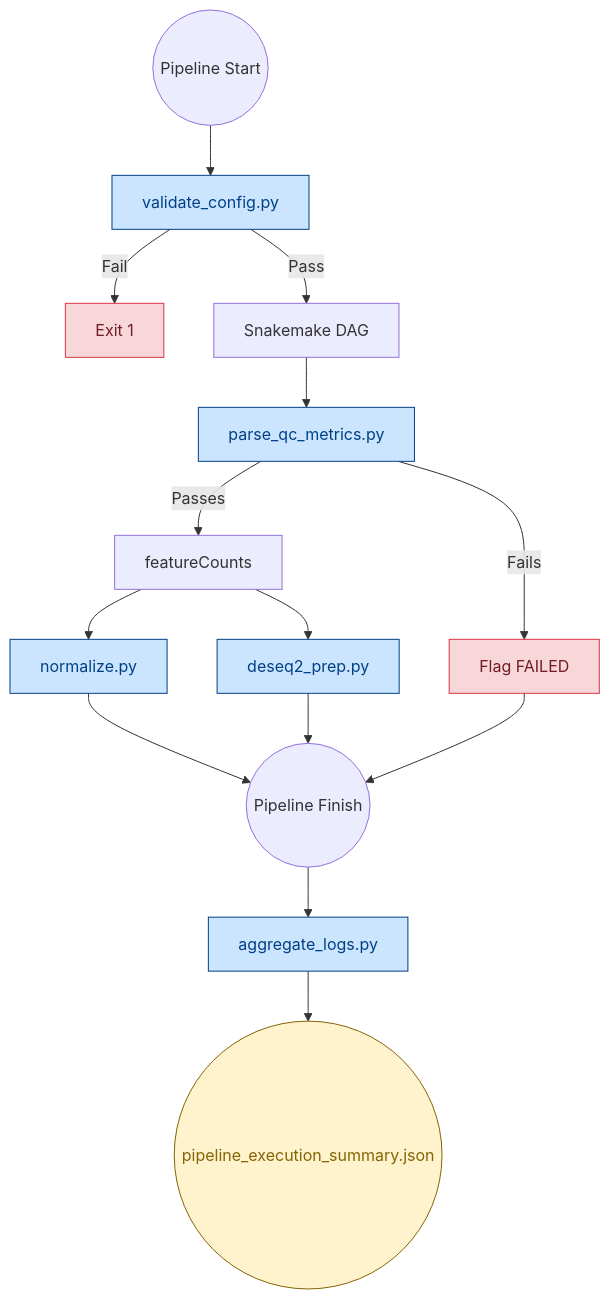
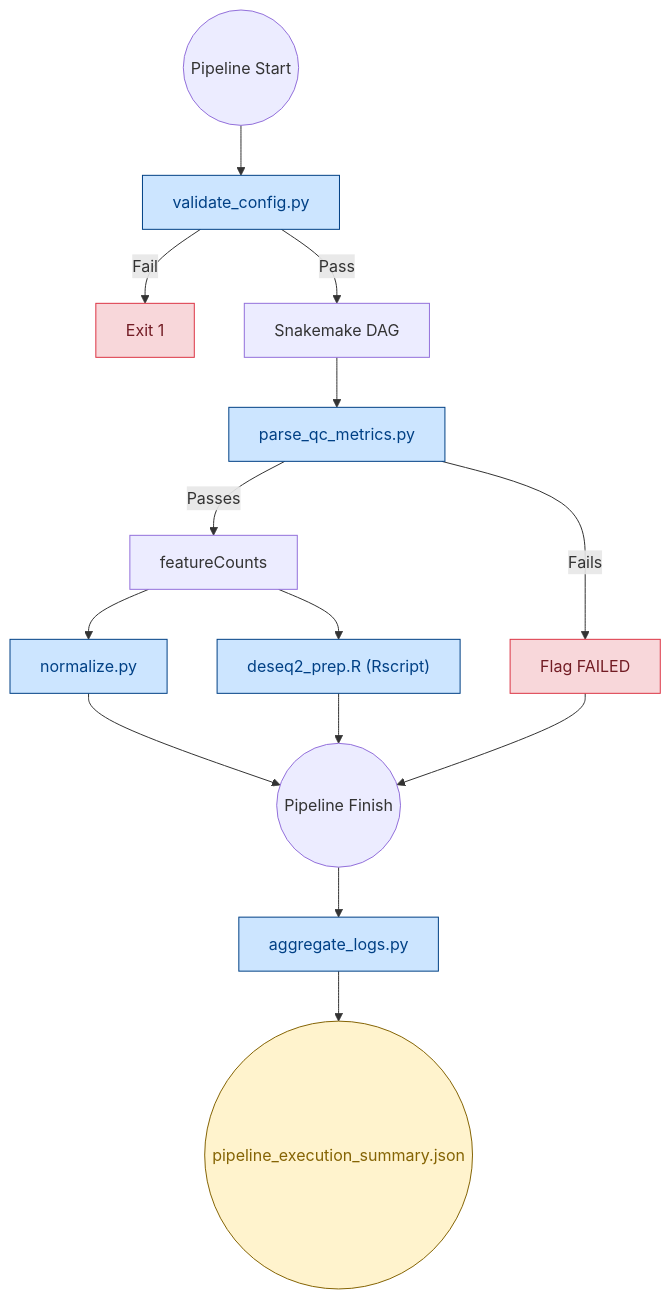
Before and after one commit to BDB-Genomics/bdb-rnaseq: the diagram in rules/scripts/README.md, drawn with Mermaid. The commit also changed other lines of this file and 14 other files, not shown here.

Commit message:
docs: thoroughly revise all pipeline READMEs, add architecture diagrams, and implement native DESeq2 VST

````diff
--- a/rules/scripts/README.md
+++ b/rules/scripts/README.md
@@ -9,27 +9,27 @@
 ```mermaid
 graph TD
     Start((Pipeline Start)) --> V[validate_config.py]
     V -- Fail --> Halt1[Exit 1]
     V -- Pass --> DAG[Snakemake DAG]
 
     DAG --> QC[parse_qc_metrics.py]
     QC -- Fails --> Halt2[Flag FAILED]
     QC -- Passes --> FC[featureCounts]
 
     FC --> N[normalize.py]
-    FC --> D[deseq2_prep.py]
+    FC --> D["deseq2_prep.R (Rscript)"]
     
     N --> End((Pipeline Finish))
     D --> End
     Halt2 --> End
     End --> A[aggregate_logs.py]
     A --> JSON((pipeline_execution_summary.json))
 
     classDef script fill:#cce5ff,stroke:#004085,color:#004085;
     classDef halt fill:#f8d7da,stroke:#dc3545,color:#721c24;
     classDef artifact fill:#fff3cd,stroke:#856404,color:#856404;
 
     class V,QC,N,D,A script;
     class Halt1,Halt2 halt;
     class JSON artifact;
 ```
````
